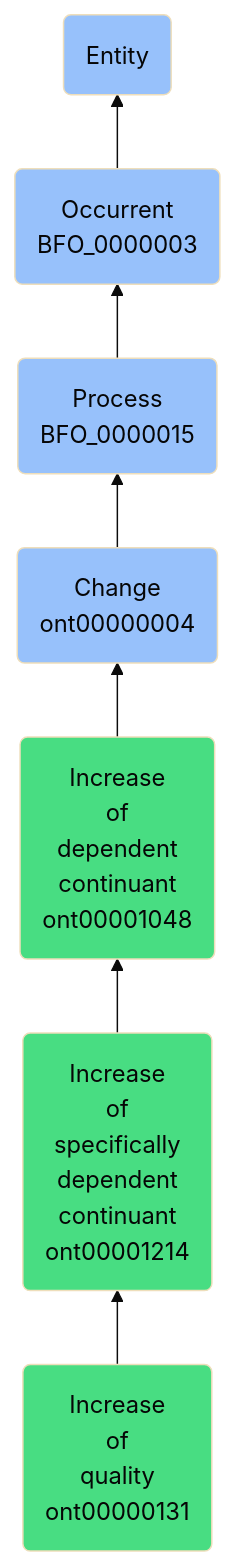
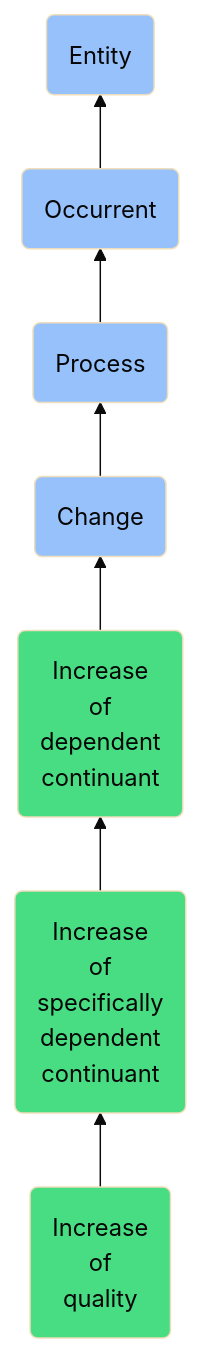
Before and after one commit to jupyter-naas/abi: the diagram in docs/ontology/reference/model/Entity/Occurrent/Process/Change/Increase of dependent continuant/Increase of specifically dependent continuant/Increase of quality/Increase of quality.md, drawn with Mermaid (base theme). The commit also changed other lines of this file and 1430 other files, not shown here.

````diff
--- a/docs/ontology/reference/model/Entity/Occurrent/Process/Change/Increase of dependent continuant/Increase of specifically dependent continuant/Increase of quality/Increase of quality.md
+++ b/docs/ontology/reference/model/Entity/Occurrent/Process/Change/Increase of dependent continuant/Increase of specifically dependent continuant/Increase of quality/Increase of quality.md
@@ -24,14 +24,14 @@
 ```mermaid
 graph BT
-    ont00000131(Increase<br>of<br>quality<br>ont00000131):::ABI-->ont00001214
-    ont00001214(Increase<br>of<br>specifically<br>dependent<br>continuant<br>ont00001214):::ABI-->ont00001048
-    ont00001048(Increase<br>of<br>dependent<br>continuant<br>ont00001048):::ABI-->ont00000004
-    ont00000004(Change<br>ont00000004):::BFO-->BFO_0000015
-    BFO_0000015(Process<br>BFO_0000015):::BFO-->BFO_0000003
-    BFO_0000003(Occurrent<br>BFO_0000003):::BFO-->BFO_0000001
+    ont00000131(Increase<br>of<br>quality):::ABI-->ont00001214
+    ont00001214(Increase<br>of<br>specifically<br>dependent<br>continuant):::ABI-->ont00001048
+    ont00001048(Increase<br>of<br>dependent<br>continuant):::ABI-->ont00000004
+    ont00000004(Change):::BFO-->BFO_0000015
+    BFO_0000015(Process):::BFO-->BFO_0000003
+    BFO_0000003(Occurrent):::BFO-->BFO_0000001
     BFO_0000001(Entity):::BFO
     
     classDef BFO fill:#97c1fb,color:#060606
     classDef CCO fill:#e4c51e,color:#060606
     classDef ABI fill:#48DD82,color:#060606
 ```
````
